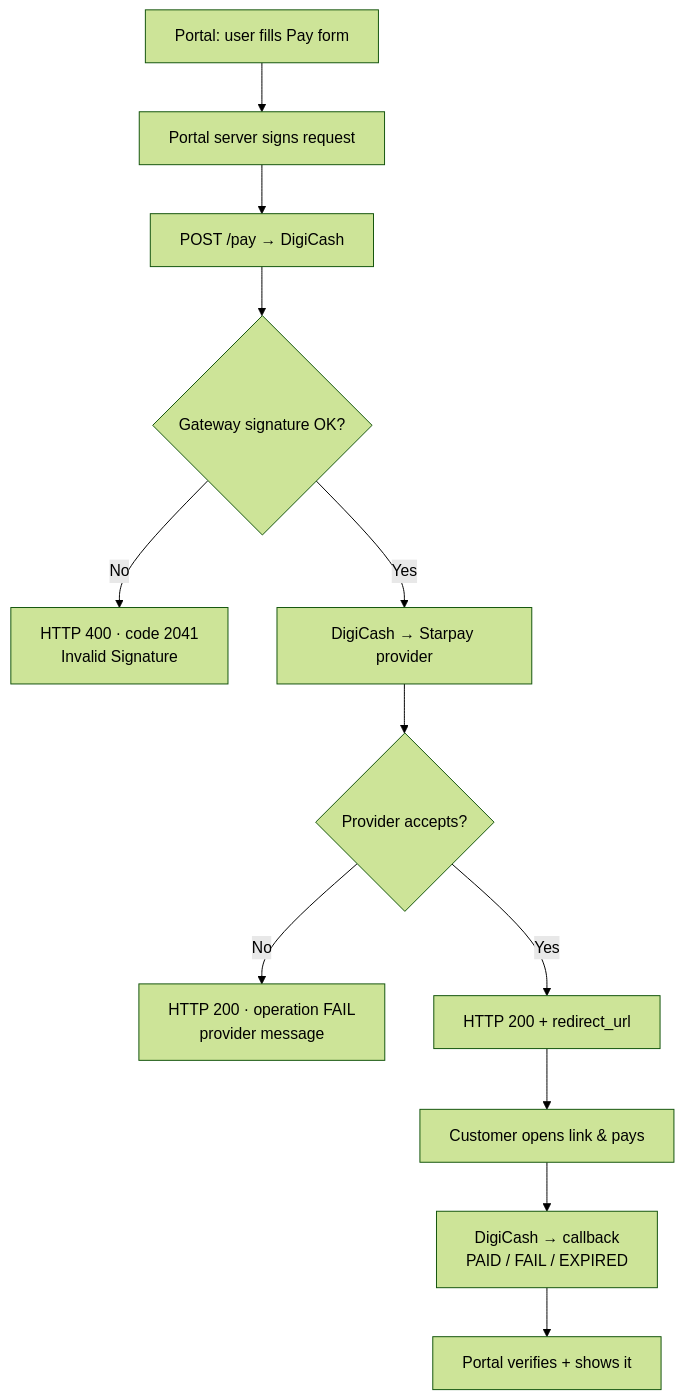
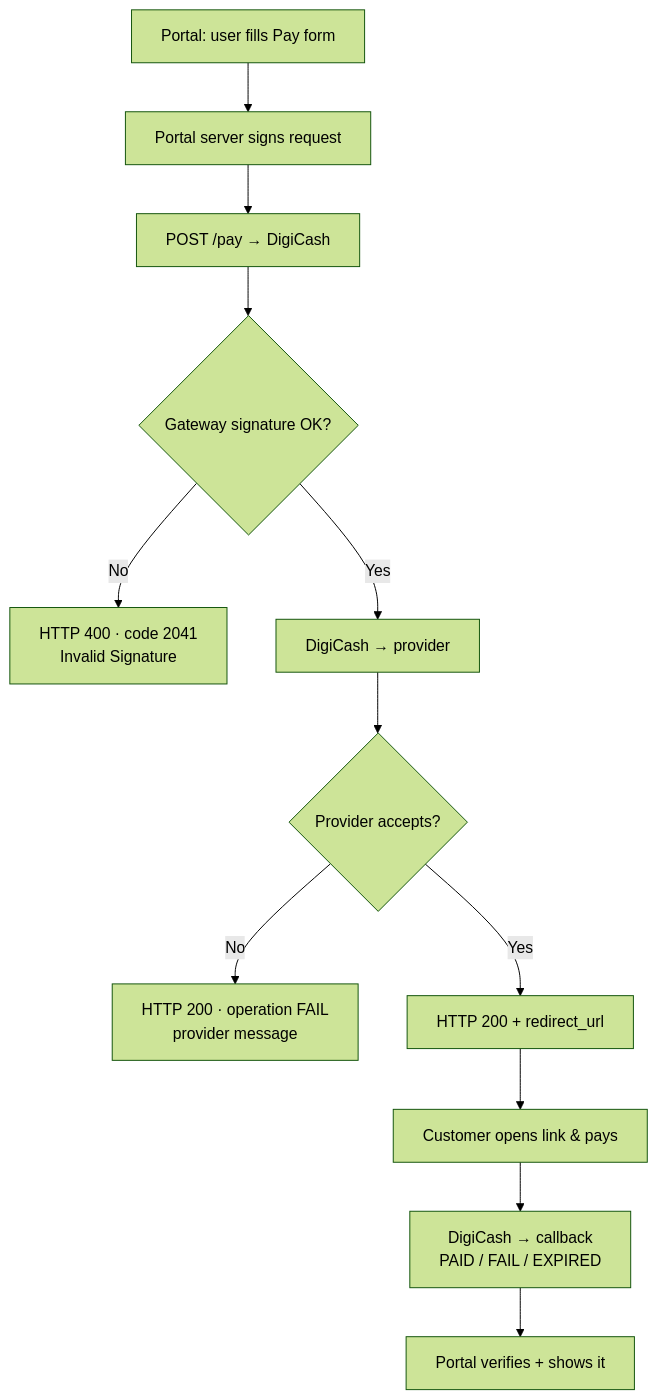
One commit to kevzo8/svi-digicash changed the second of 8 diagrams in docs/DIGICASH_API_DOCUMENTATION.md. Above: the diagram before and after it, drawn with Mermaid (forest theme). The commit also changed other lines of this file and 13 other files, not shown here.

````diff
--- a/docs/DIGICASH_API_DOCUMENTATION.md
+++ b/docs/DIGICASH_API_DOCUMENTATION.md
@@ -78,14 +89,14 @@
 ```mermaid
 flowchart TD
     A[Portal: user fills Pay form] --> B[Portal server signs request]
     B --> C[POST /pay → DigiCash]
     C --> D{Gateway signature OK?}
     D -- No --> E[HTTP 400 · code 2041\nInvalid Signature]
-    D -- Yes --> F[DigiCash → Starpay provider]
+    D -- Yes --> F[DigiCash → provider]
     F --> G{Provider accepts?}
     G -- No --> H[HTTP 200 · operation FAIL\nprovider message]
     G -- Yes --> I[HTTP 200 + redirect_url]
     I --> J[Customer opens link & pays]
     J --> K[DigiCash → callback\nPAID / FAIL / EXPIRED]
     K --> L[Portal verifies + shows it]
 ```
````
